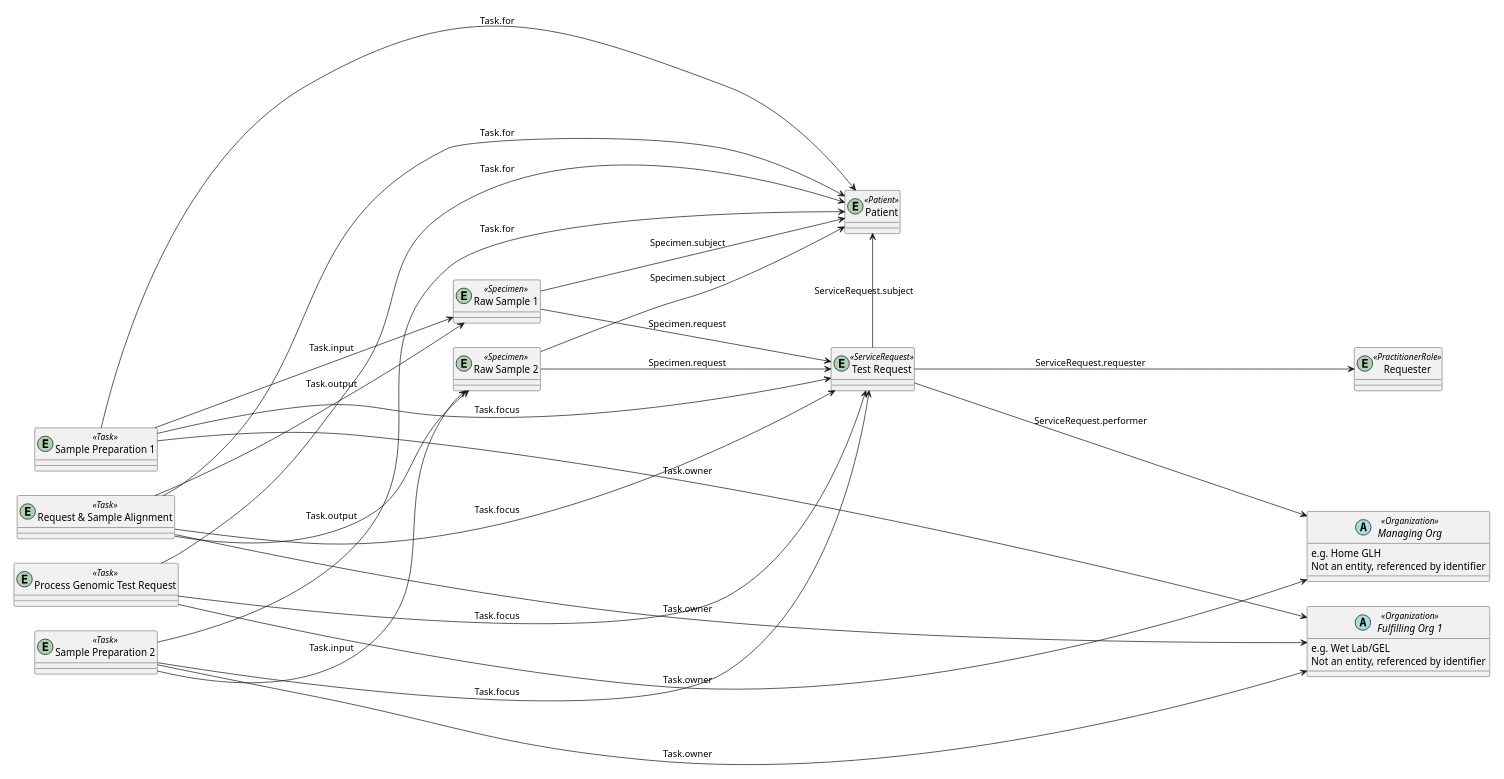
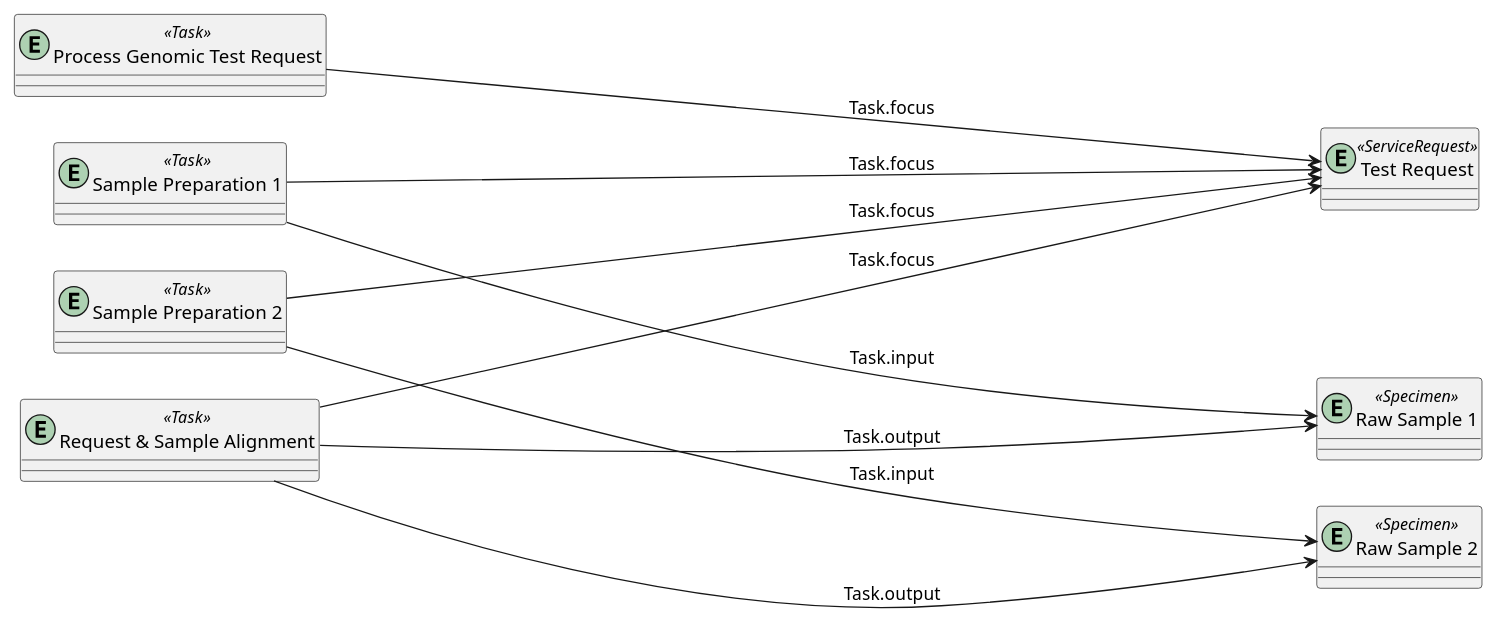
One commit to NHSDigital/IOPS-FHIR-Simplifier-Backup changed the diagram in NHSEnglandFHIRGenomicsImplementationGuide/backup/guides/FHIR-Genomics-Implementation-Guide/Home/FHIRAssets/Profiles/All-Profiles/Genomics-Task.page.md. Above: the diagram before and after it, drawn with PlantUML. The commit also changed other lines of this file and 19 other files, not shown here.

```diff
--- a/NHSEnglandFHIRGenomicsImplementationGuide/backup/guides/FHIR-Genomics-Implementation-Guide/Home/FHIRAssets/Profiles/All-Profiles/Genomics-Task.page.md
+++ b/NHSEnglandFHIRGenomicsImplementationGuide/backup/guides/FHIR-Genomics-Implementation-Guide/Home/FHIRAssets/Profiles/All-Profiles/Genomics-Task.page.md
@@ -13,11 +13,12 @@
 !pragma ratio 0.3
 left to right direction
 scale 1100 width
+entity SR as "Test Request" <<ServiceRequest>>
 together {
-entity SR as "Test Request" <<ServiceRequest>>
-entity P1 as "Patient" <<Patient>>
+'entity P1 as "Patient" <<Patient>>
 entity S1 as "Raw Sample 1" <<Specimen>>
 entity S2 as "Raw Sample 2" <<Specimen>>
+'entity PR as "Requester" <<PractitionerRole>>
 }
 'entity S1a as "Extracted Sample 1" <<Specimen>>
 'entity S2a as "Extracted Sample 2" <<Specimen>>
@@ -40,17 +41,17 @@
 'entity DR1 as "Interim Report 1" <<DiagnosticReport>>
 'entity DR2 as "Interim Report 2" <<DiagnosticReport>>
 'entity DR3 as "Final Report" <<DiagnosticReport>>
-entity PR as "Requester" <<PractitionerRole>>
-together {
-abstract O1 as "Managing Org" <<Organization>> {
-  e.g. Home GLH
-  Not an entity, referenced by identifier
-}
-abstract O2 as "Fulfilling Org 1" <<Organization>> {
-  e.g. Wet Lab/GEL
-  Not an entity, referenced by identifier
-}
-}
+
+'together {
+'abstract O1 as "Managing Org" <<Organization>> {
+'  e.g. Home GLH
+'  Not an entity, referenced by identifier
+'}
+'abstract O2 as "Fulfilling Org 1" <<Organization>> {
+'  e.g. Wet Lab/GEL
+'  Not an entity, referenced by identifier
+'}
+'}
 'abstract O3 as "Fulfilling Org 2" <<Organization>> {
 '  e.g. Dry Lab/GEL
 '  Not an entity, referenced by identifier
@@ -70,10 +71,10 @@
 'T8 --> SR : Task.focus
 'T9 --> SR : Task.focus
 'T10 --> SR : Task.focus
-T1 --> P1 : Task.for
-T2 --> P1 : Task.for
-T3 --> P1 : Task.for
-T3a --> P1 : Task.for
+'T1 --> P1 : Task.for
+'T2 --> P1 : Task.for
+'T3 --> P1 : Task.for
+'T3a --> P1 : Task.for
 'T4 --> P1 : Task.for
 'T4a --> P1 : Task.for
 'T5 --> P1 : Task.for
@@ -100,10 +101,10 @@
 'T8 --> DR2 : Task.input
 'T9 --> DR3 : Task.output
 'T10 --> DR3 : Task.input
-T1 --> O1 : Task.owner
-T2 --> O2 : Task.owner
-T3 --> O2 : Task.owner
-T3a --> O2 : Task.owner
+'T1 --> O1 : Task.owner
+'T2 --> O2 : Task.owner
+'T3 --> O2 : Task.owner
+'T3a --> O2 : Task.owner
 'T4 --> O2 : Task.owner
 'T4a --> O2 : Task.owner
 'T5 --> O3 : Task.owner
@@ -114,13 +115,13 @@
 'T8 --> O1 : Task.owner
 'T9 --> O3 : Task.owner
 'T10 --> O1 : Task.owner
-SR -l-> P1 : ServiceRequest.subject
-SR --> O1 : ServiceRequest.performer
-SR --> PR : ServiceRequest.requester
-S1 --> P1 : Specimen.subject
-S2 --> P1 : Specimen.subject
-S1 --> SR : Specimen.request
-S2 --> SR : Specimen.request
+'SR --> P1 : ServiceRequest.subject
+'SR --> O1 : ServiceRequest.performer
+'SR --> PR : ServiceRequest.requester
+'S1 --> P1 : Specimen.subject
+'S2 --> P1 : Specimen.subject
+'S1 --> SR : Specimen.request
+'S2 --> SR : Specimen.request
 'S1a --> P1 : Specimen.subject
 'S2a --> P1 : Specimen.subject
 'S1a --> SR : Specimen.request
```
